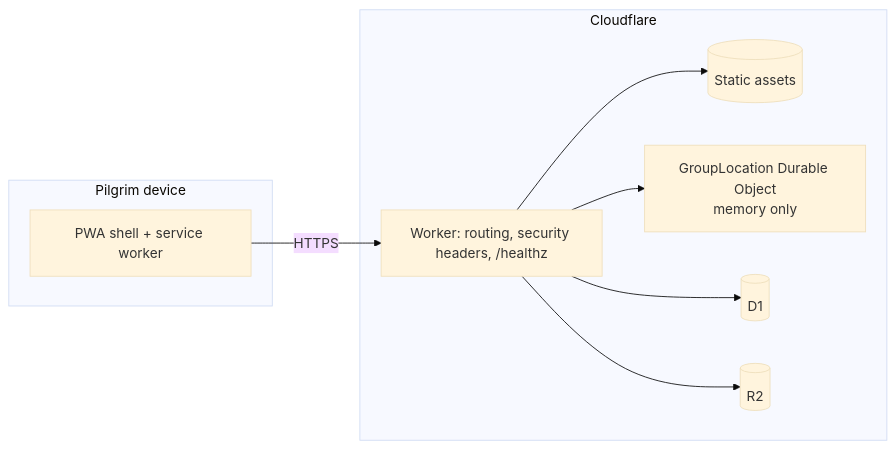
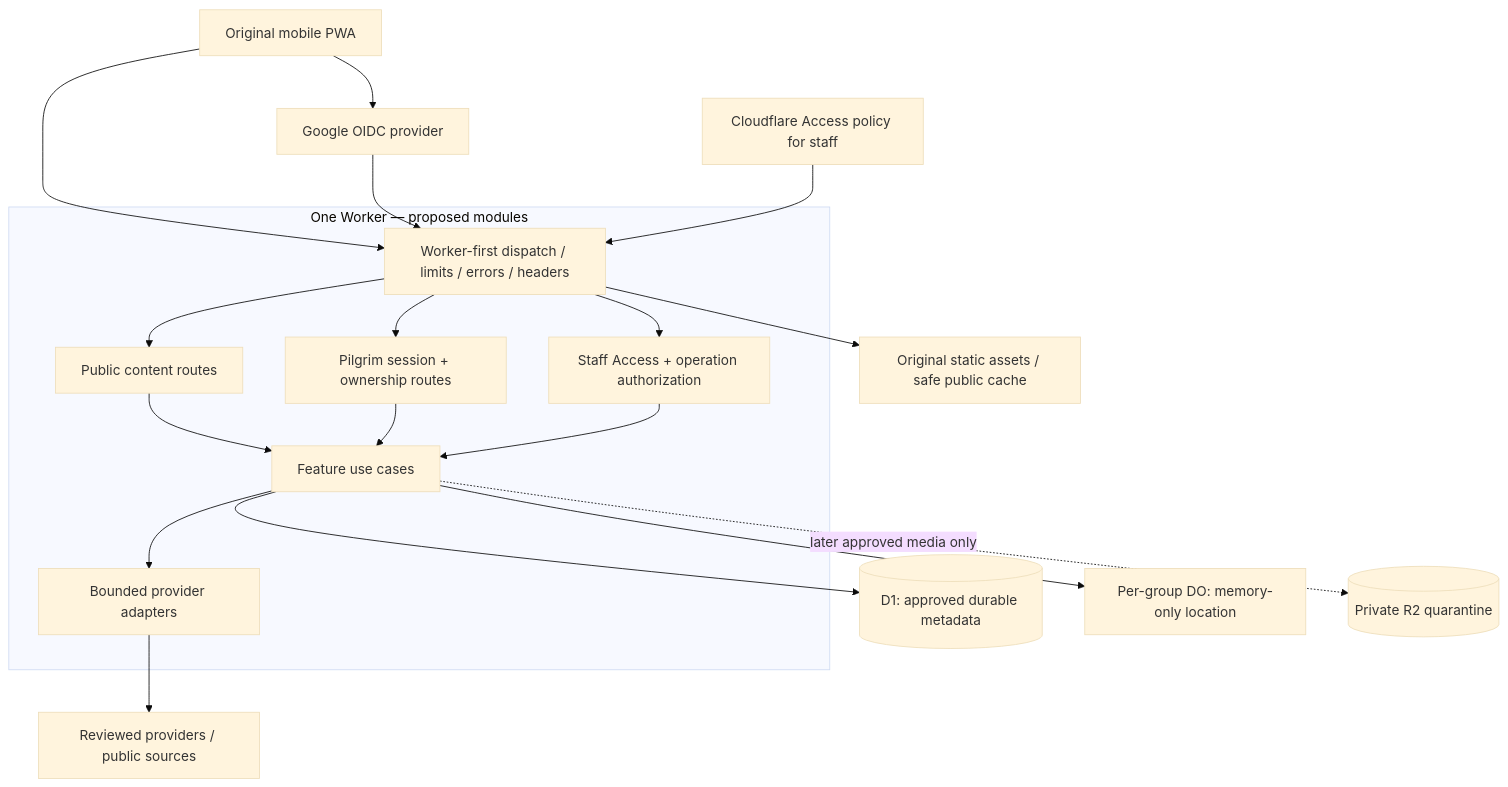
Before and after one commit to Dream-Team-Engineers/pushkara-mitra: the first of 2 diagrams in docs/architecture.md, drawn with Mermaid (base theme). The commit also changed other lines of this file and 6 other files, not shown here.

Commit message:
docs: design original product architecture and audit delivery readiness

````diff
--- a/docs/architecture.md
+++ b/docs/architecture.md
@@ -19,18 +17,30 @@
 ```mermaid
-flowchart LR
-  subgraph device[Pilgrim device]
-    pwa[PWA shell + service worker]
+flowchart TB
+  browser[Original mobile PWA]
+  access[Cloudflare Access policy for staff]
+  google[Google OIDC provider]
+  subgraph edge[One Worker — proposed modules]
+    dispatch[Worker-first dispatch / limits / errors / headers]
+    public[Public content routes]
+    user[Pilgrim session + ownership routes]
+    staff[Staff Access + operation authorization]
+    services[Feature use cases]
+    adapters[Bounded provider adapters]
   end
-  subgraph cf[Cloudflare]
-    worker[Worker: routing, security headers, /healthz]
-    assets[(Static assets)]
-    do[GroupLocation Durable Object<br/>memory only]
-    d1[(D1)]
-    r2[(R2)]
-  end
-  pwa -- HTTPS --> worker
-  worker --> assets
-  worker --> do
-  worker --> d1
-  worker --> r2
+  browser --> dispatch
+  browser --> google
+  google --> dispatch
+  access --> dispatch
+  dispatch --> public
+  dispatch --> user
+  dispatch --> staff
+  public --> services
+  user --> services
+  staff --> services
+  services --> d1[(D1: approved durable metadata)]
+  services --> group[Per-group DO: memory-only location]
+  services --> adapters
+  adapters --> external[Reviewed providers / public sources]
+  services -. later approved media only .-> r2[(Private R2 quarantine)]
+  dispatch --> assets[Original static assets / safe public cache]
 ```
````
